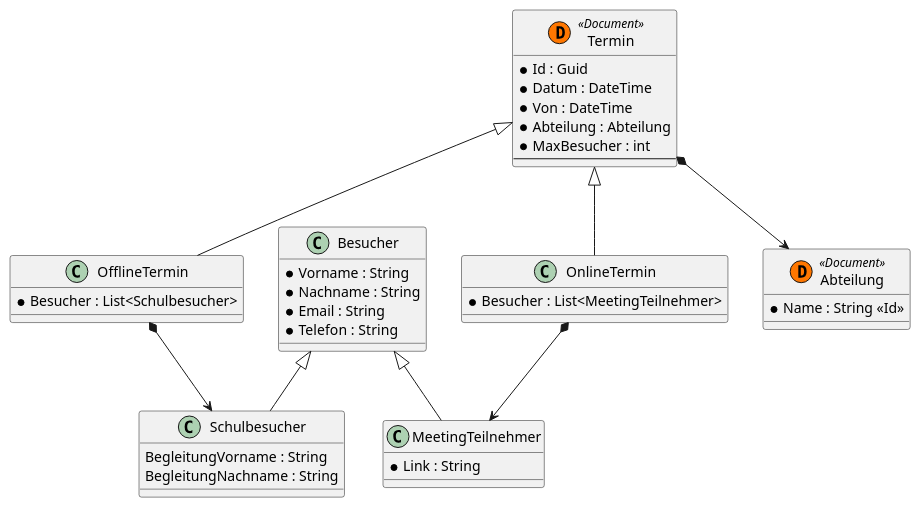
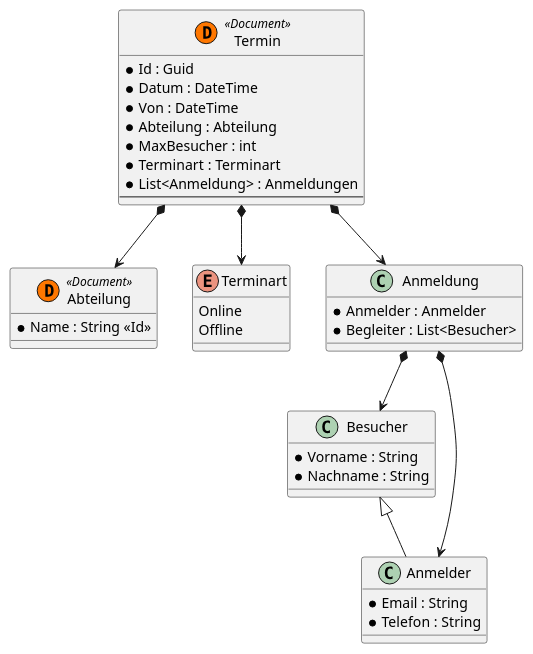
Before and after one commit to schletz/Dbi3Sem: the diagram in 13_NoSQL/07_MongoDb_Uebung.md, drawn with PlantUML. The commit also changed other lines of this file, not shown here.

````diff
--- a/13_NoSQL/07_MongoDb_Uebung.md
+++ b/13_NoSQL/07_MongoDb_Uebung.md
@@ -72,49 +72,50 @@
 ```plantuml
+hide empty methods
+
 @startuml
+class Besucher {
+   *Vorname : String
+   *Nachname : String
+ 
+}
+
+class Anmelder {
+   *Email : String
+   *Telefon : String  
+}
+
+
+Anmelder -up-|> Besucher
+
 class Abteilung <<(D,#FF7700) Document>> {
    *Name : String <<Id>>
+}
+
+enum Terminart {
+   Online
+   Offline
 }
 
 class Termin <<(D,#FF7700) Document>> {
    *Id : Guid
    *Datum : DateTime
    *Von : DateTime
    *Abteilung : Abteilung
    *MaxBesucher : int
+   *Terminart : Terminart
+   *List<Anmeldung> : Anmeldungen
    ---
 }
 Termin *--> Abteilung
+Termin *--> Terminart
+Termin *--> Anmeldung
 
-class OfflineTermin {
-   *Besucher : List<Schulbesucher>
-}
-OfflineTermin -up-|> Termin
-OfflineTermin *--> Schulbesucher
-
-class OnlineTermin {
-   *Besucher : List<MeetingTeilnehmer>
-}
-OnlineTermin -up-|> Termin
-OnlineTermin *--> MeetingTeilnehmer
-
-class Besucher {
-   *Vorname : String
-   *Nachname : String
-   *Email : String
-   *Telefon : String   
+class Anmeldung {
+   *Anmelder : Anmelder
+   *Begleiter : List<Besucher>
 }
 
-class Schulbesucher {
-   BegleitungVorname : String
-   BegleitungNachname : String
-}
-Schulbesucher -up-|> Besucher
-
-class MeetingTeilnehmer {
-   *Link : String
-}
-MeetingTeilnehmer -up-|> Besucher
-
+Anmeldung *--> Anmelder
+Anmeldung *--> Besucher
 @enduml
-
 ```
````
